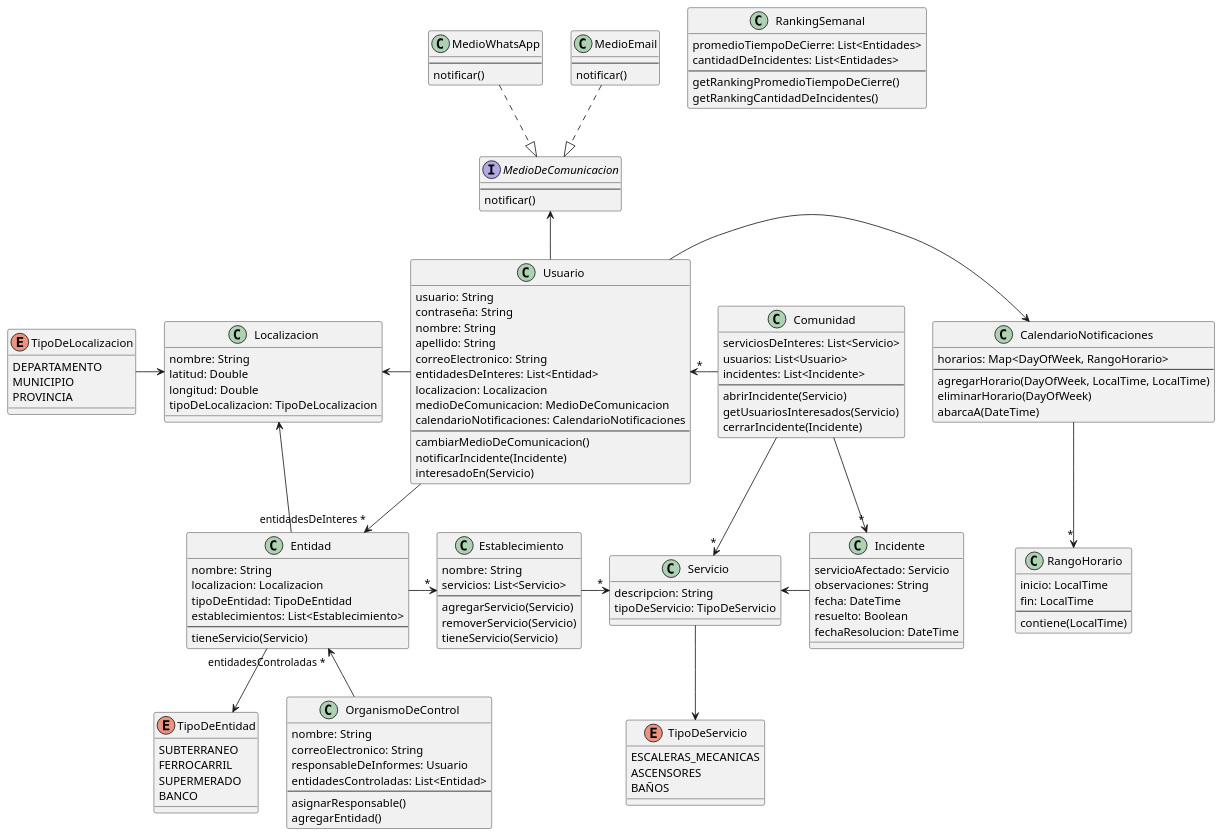
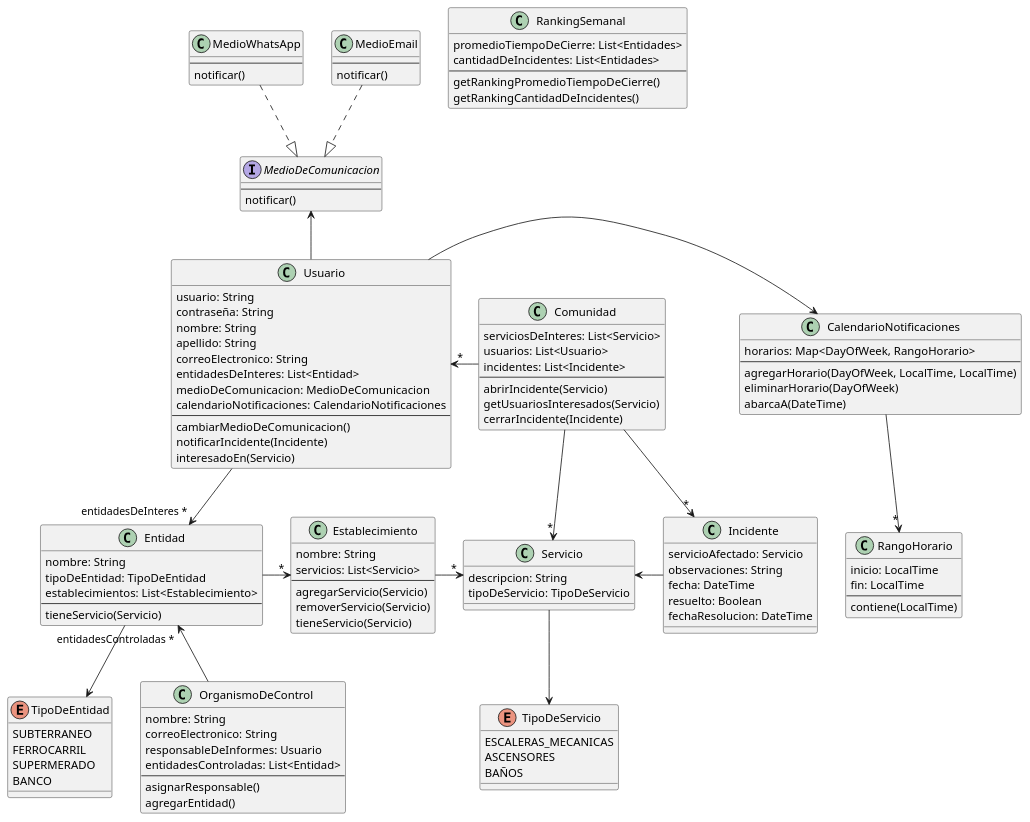
Before and after one commit to ValenAquino/tp-dds-2023: the diagram in docs/entrega-3/clases_mm.puml, drawn with PlantUML. The commit also changed 2 other files, not shown here.

Commit message:
chore(entidad-usuario): eliminar localizacion hasta que tengamos comportamiento

```diff
--- a/docs/entrega-3/clases_mm.puml
+++ b/docs/entrega-3/clases_mm.puml
@@ -1,153 +1,155 @@
 @startuml TPA3-Clases
 
 ' Supermercado, Centro Comunal, Banco, ...
 class Entidad {
   nombre: String
-  localizacion: Localizacion
+  ' localizacion: Localizacion
   tipoDeEntidad: TipoDeEntidad
   establecimientos: List<Establecimiento>
   --
   tieneServicio(Servicio)
 }
 
 ' Sucursal, Estacion, ...
 class Establecimiento {
   nombre: String
   servicios: List<Servicio>
   --
   agregarServicio(Servicio)
   removerServicio(Servicio)
   tieneServicio(Servicio)
 }
 
 class Servicio {
   descripcion: String
   tipoDeServicio: TipoDeServicio
 }
 
 enum TipoDeServicio {
   ESCALERAS_MECANICAS
   ASCENSORES
   BAÑOS
 }
 
 enum TipoDeEntidad {
   SUBTERRANEO
   FERROCARRIL
   SUPERMERADO
   BANCO
 }
 
 class Usuario {
   usuario: String
   contraseña: String
   nombre: String
   apellido: String
   correoElectronico: String
   entidadesDeInteres: List<Entidad>
-  localizacion: Localizacion
+  ' localizacion: Localizacion
   medioDeComunicacion: MedioDeComunicacion
   calendarioNotificaciones: CalendarioNotificaciones
   --
   cambiarMedioDeComunicacion()
   notificarIncidente(Incidente)
   interesadoEn(Servicio)
 }
 
 class RangoHorario {
   inicio: LocalTime
   fin: LocalTime
   --
   contiene(LocalTime)
 }
 
 class CalendarioNotificaciones {
   horarios: Map<DayOfWeek, RangoHorario>
   --
   agregarHorario(DayOfWeek, LocalTime, LocalTime)
   eliminarHorario(DayOfWeek)
   abarcaA(DateTime)
 }
 
 interface MedioDeComunicacion {
   --
   notificar()
 }
 class MedioWhatsApp {
   --
   notificar()
 }
 class MedioEmail {
   --
   notificar()
 }
 
+/'
 class Localizacion {
   nombre: String
   latitud: Double
   longitud: Double
   tipoDeLocalizacion: TipoDeLocalizacion
 }
 
 enum TipoDeLocalizacion {
   DEPARTAMENTO
   MUNICIPIO
   PROVINCIA
 }
+'/
 
 class OrganismoDeControl {
   nombre: String
   correoElectronico: String
   responsableDeInformes: Usuario
   entidadesControladas: List<Entidad>
   --
   asignarResponsable()
   agregarEntidad()
 }
 
 class Incidente {
   servicioAfectado: Servicio
   observaciones: String
   fecha: DateTime
   resuelto: Boolean
   fechaResolucion: DateTime
 }
 
 class Comunidad {
   serviciosDeInteres: List<Servicio>
   usuarios: List<Usuario>
   incidentes: List<Incidente>
   --
   abrirIncidente(Servicio)
   getUsuariosInteresados(Servicio)
   cerrarIncidente(Incidente)
 }
 
 class RankingSemanal {
   promedioTiempoDeCierre: List<Entidades>
   cantidadDeIncidentes: List<Entidades>
   --
   getRankingPromedioTiempoDeCierre()
   getRankingCantidadDeIncidentes()
 }
 
 Usuario -u-> MedioDeComunicacion
 Usuario -> CalendarioNotificaciones
 CalendarioNotificaciones -->"*" RangoHorario
 Entidad ->"*" Establecimiento
 Entidad --> TipoDeEntidad
 Establecimiento ->"*" Servicio
 Servicio -d-> TipoDeServicio
 Usuario -->"entidadesDeInteres *" Entidad
-Localizacion <- Usuario
-Localizacion <- Entidad
-TipoDeLocalizacion -> Localizacion
+' Localizacion <- Usuario
+' Localizacion <- Entidad
+' TipoDeLocalizacion -> Localizacion
 Entidad "entidadesControladas *"<-- OrganismoDeControl
 Comunidad -->"*" Servicio
 Usuario "*"<- Comunidad
 Comunidad ->"*" Incidente
 Incidente -l-> Servicio
 MedioWhatsApp ..|> MedioDeComunicacion
 MedioEmail ..|> MedioDeComunicacion
 
 @enduml
```
